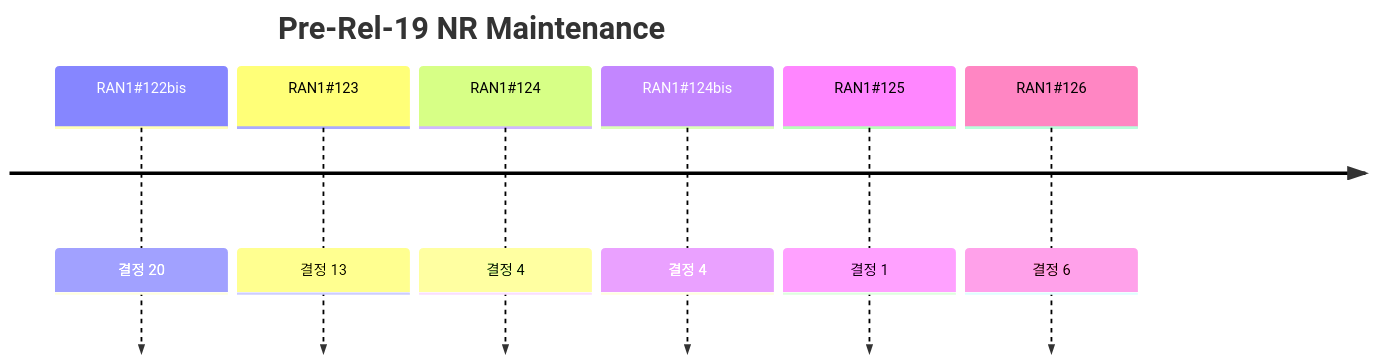
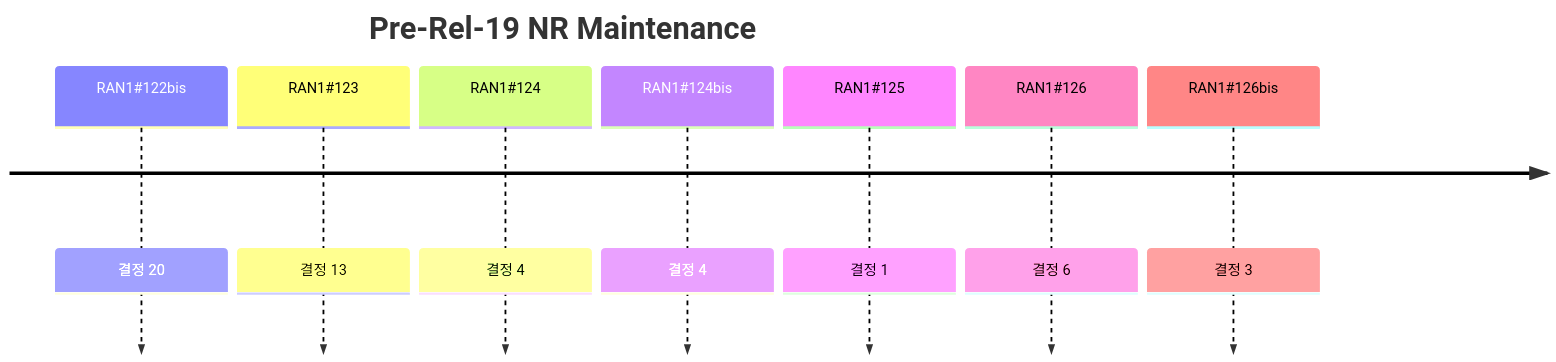
The diagram in reports/by_agenda/pre-rel-19-nr-maintenance.md (jgunmoon/JG_Test_Project), drawn with Mermaid before and after one commit. The commit also changed other lines of this file and 18 other files, not shown here.

First line of the commit message:
Also look for Chair notes in Meetings_3GPP_SYNC and add RAN1#126bis

````diff
--- a/reports/by_agenda/pre-rel-19-nr-maintenance.md
+++ b/reports/by_agenda/pre-rel-19-nr-maintenance.md
@@ -9,10 +9,11 @@
 ```mermaid
 timeline
     title Pre-Rel-19 NR Maintenance
     RAN1#35;122bis : 결정 20
     RAN1#35;123 : 결정 13
     RAN1#35;124 : 결정 4
     RAN1#35;124bis : 결정 4
     RAN1#35;125 : 결정 1
     RAN1#35;126 : 결정 6
+    RAN1#35;126bis : 결정 3
 ```
````
